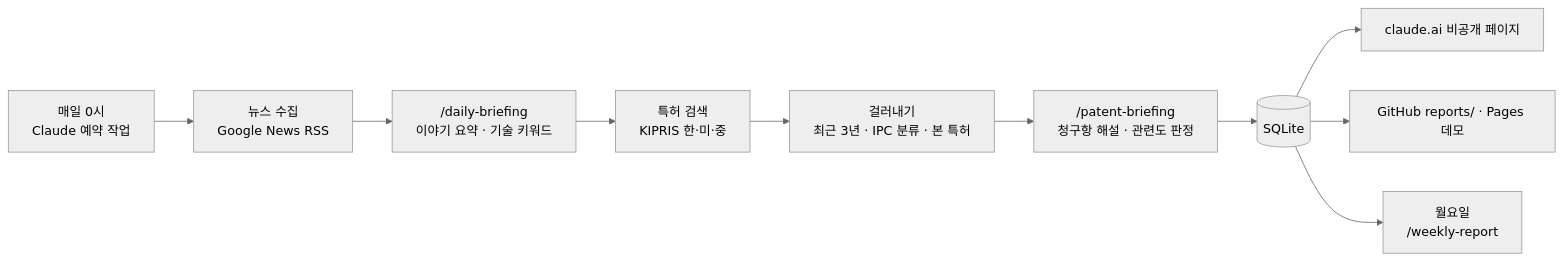
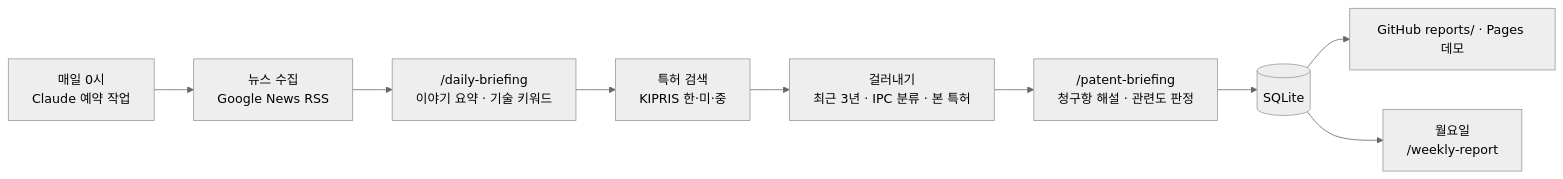
The diagram in README.md (ChoJiwon00/patent-radar), drawn with Mermaid (neutral theme) before and after one commit. The commit also changed other lines of this file and 7 other files, not shown here.

````diff
--- a/README.md
+++ b/README.md
@@ -39,12 +43,11 @@
 ```mermaid
 flowchart LR
   A["매일 0시<br>Claude 예약 작업"] --> B["뉴스 수집<br>Google News RSS"]
   B --> C["/daily-briefing<br>이야기 요약 · 기술 키워드"]
   C --> D["특허 검색<br>KIPRIS 한·미·중"]
   D --> E["걸러내기<br>최근 3년 · IPC 분류 · 본 특허"]
   E --> F["/patent-briefing<br>청구항 해설 · 관련도 판정"]
   F --> G[("SQLite")]
-  G --> H["claude.ai 비공개 페이지"]
   G --> I["GitHub reports/ · Pages 데모"]
   G --> J["월요일<br>/weekly-report"]
 ```
````
